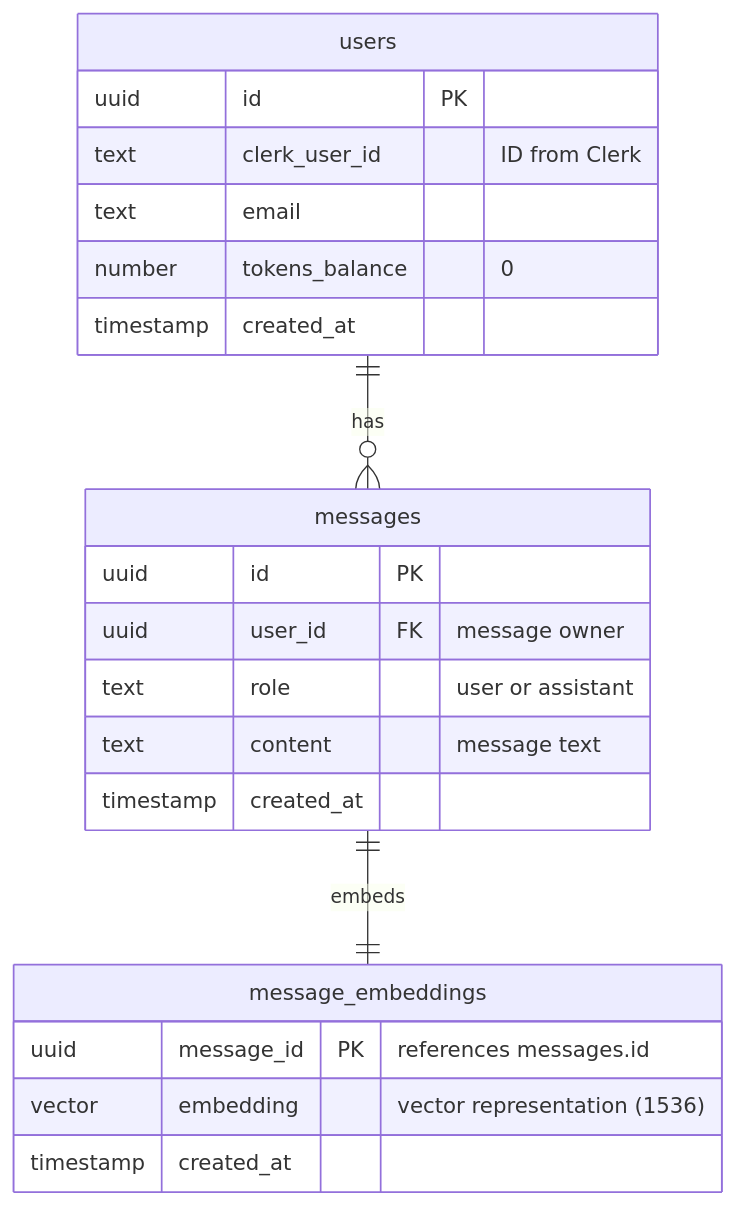
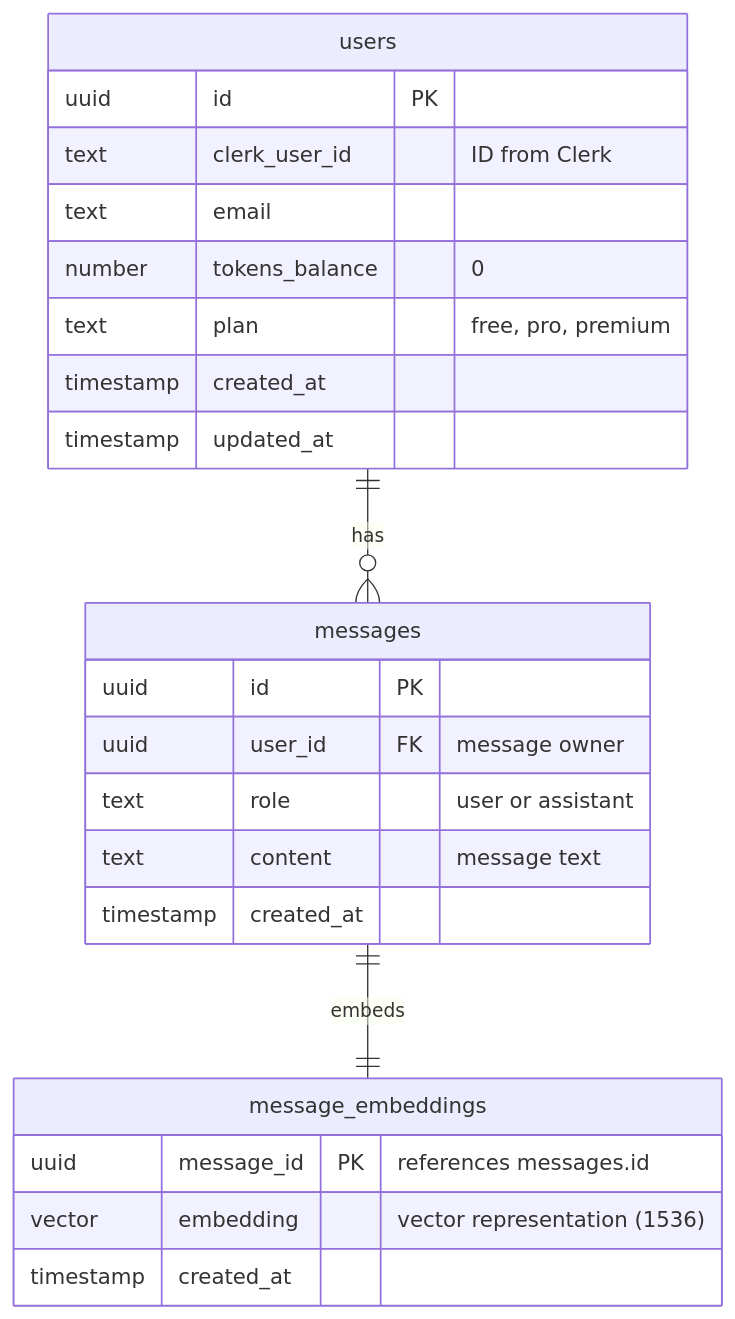
The diagram in src/docs/DB.mmd (AlexanderVTr/aipartner), drawn with Mermaid before and after one commit. The commit also changed 3 other files, not shown here.

```diff
--- a/src/docs/DB.mmd
+++ b/src/docs/DB.mmd
@@ -1,25 +1,27 @@
 erDiagram
     users {
         uuid id PK
         text clerk_user_id "ID from Clerk"
         text email
         number tokens_balance "0"
+        text plan "free, pro, premium"
         timestamp created_at
+        timestamp updated_at
     }
 
     messages {
         uuid id PK
         uuid user_id FK "message owner"
         text role "user or assistant"
         text content "message text"
         timestamp created_at
     }
 
     message_embeddings {
         uuid message_id PK "references messages.id"
         vector embedding "vector representation (1536)"
         timestamp created_at
     }
 
     users ||--o{ messages : has
     messages ||--|| message_embeddings : embeds
```
